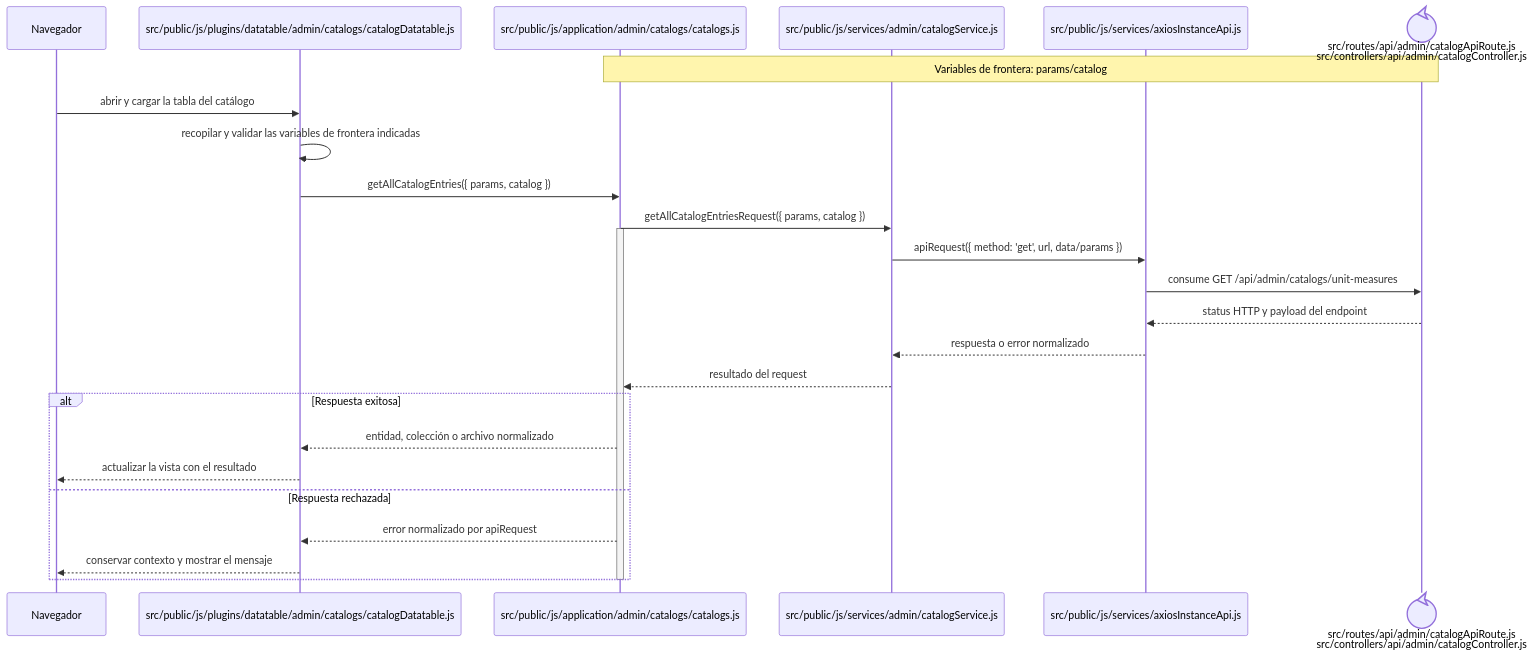
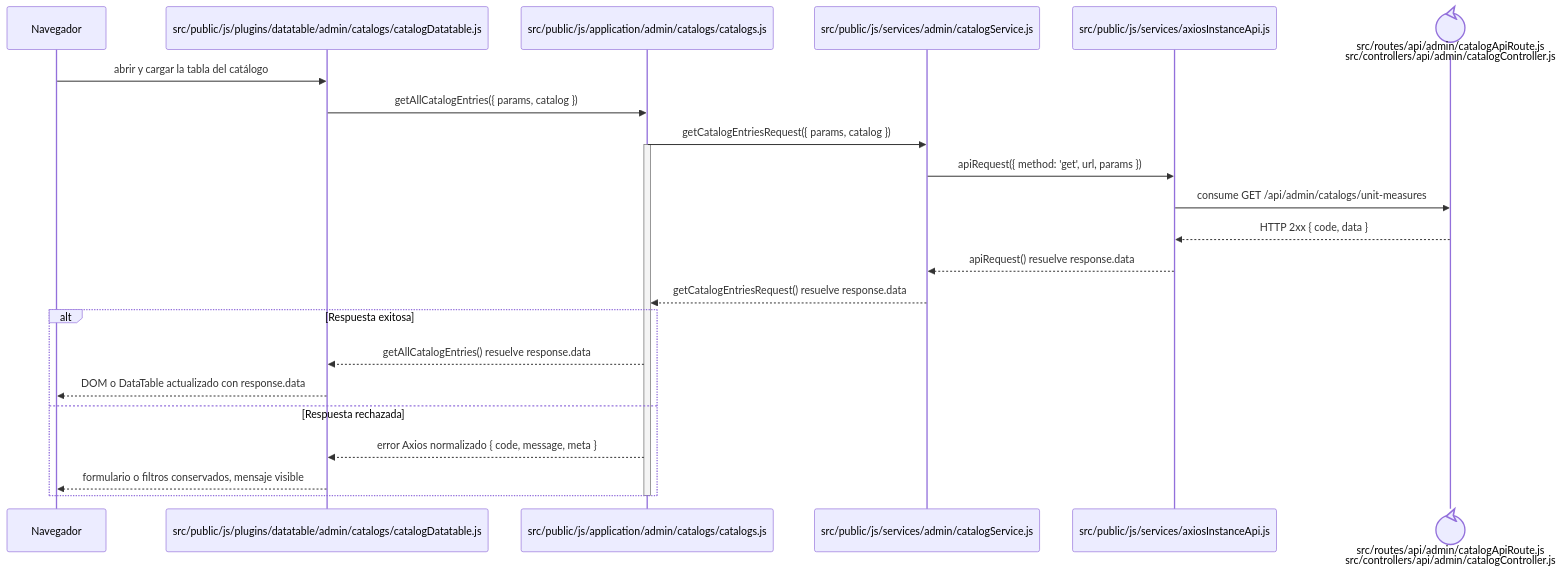
Before and after one commit to gpgsistemas01/nexus: the diagram in docs/architecture/frontend-code-sequences/catalogs/cu-cat-18.md, drawn with Mermaid. The commit also changed 148 other files, not shown here.

````diff
--- a/docs/architecture/frontend-code-sequences/catalogs/cu-cat-18.md
+++ b/docs/architecture/frontend-code-sequences/catalogs/cu-cat-18.md
@@ -6,29 +6,27 @@
 ```mermaid
 sequenceDiagram
     participant Browser as Navegador
     participant View as src/public/js/plugins/datatable/admin/catalogs/catalogDatatable.js
     participant Application as src/public/js/application/admin/catalogs/catalogs.js
     participant Request as src/public/js/services/admin/catalogService.js
     participant HTTP as src/public/js/services/axiosInstanceApi.js
     participant Transport@{ "type": "control" } as src/routes/api/admin/catalogApiRoute.js<br/>src/controllers/api/admin/catalogController.js
-    Note over Application,Transport: Variables de frontera: params/catalog
 
     Browser->>View: abrir y cargar la tabla del catálogo
-    View->>View: recopilar y validar las variables de frontera indicadas
     View->>Application: getAllCatalogEntries({ params, catalog })
-    Application->>Request: getAllCatalogEntriesRequest({ params, catalog })
+    Application->>Request: getCatalogEntriesRequest({ params, catalog })
     activate Application
-    Request->>HTTP: apiRequest({ method: 'get', url, data/params })
+    Request->>HTTP: apiRequest({ method: 'get', url, params })
     HTTP->>Transport: consume GET /api/admin/catalogs/unit-measures
-    Transport-->>HTTP: status HTTP y payload del endpoint
-    HTTP-->>Request: respuesta o error normalizado
-    Request-->>Application: resultado del request
+    Transport-->>HTTP: HTTP 2xx { code, data }
+    HTTP-->>Request: apiRequest() resuelve response.data
+    Request-->>Application: getCatalogEntriesRequest() resuelve response.data
     alt Respuesta exitosa
-        Application-->>View: entidad, colección o archivo normalizado
-        View-->>Browser: actualizar la vista con el resultado
+        Application-->>View: getAllCatalogEntries() resuelve response.data
+        View-->>Browser: DOM o DataTable actualizado con response.data
     else Respuesta rechazada
-        Application-->>View: error normalizado por apiRequest
-        View-->>Browser: conservar contexto y mostrar el mensaje
+        Application-->>View: error Axios normalizado { code, message, meta }
+        View-->>Browser: formulario o filtros conservados, mensaje visible
     end
     deactivate Application
 ```
````
